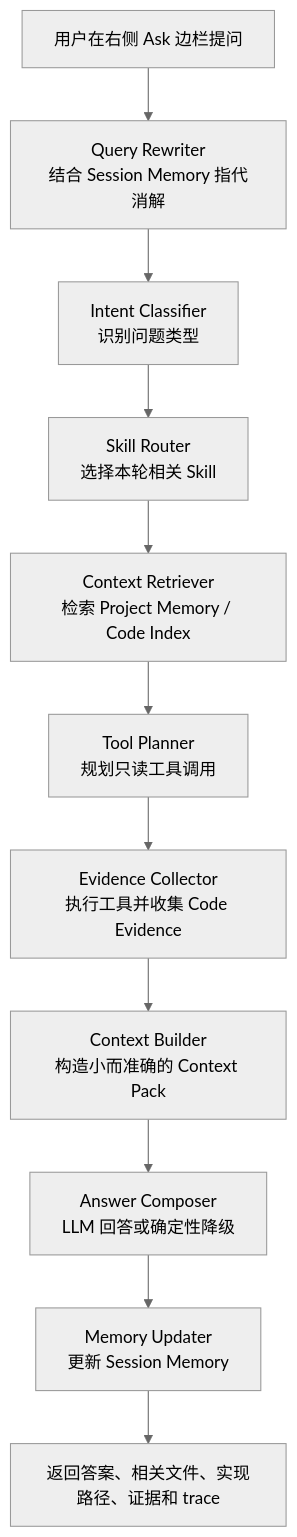
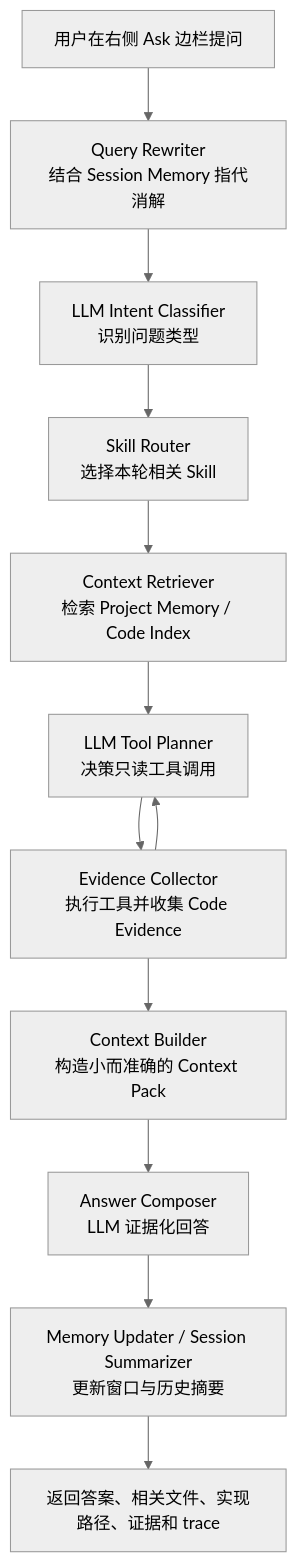
Before and after one commit to normalform3/code-reader-agent: the third of 3 diagrams in README.md, drawn with Mermaid (neutral theme). The commit also changed other lines of this file and 12 other files, not shown here.

````diff
--- a/README.md
+++ b/README.md
@@ -101,13 +101,14 @@
 ```mermaid
 flowchart TD
     A["用户在右侧 Ask 边栏提问"] --> B["Query Rewriter<br/>结合 Session Memory 指代消解"]
-    B --> C["Intent Classifier<br/>识别问题类型"]
+    B --> C["LLM Intent Classifier<br/>识别问题类型"]
     C --> D["Skill Router<br/>选择本轮相关 Skill"]
     D --> E["Context Retriever<br/>检索 Project Memory / Code Index"]
-    E --> F["Tool Planner<br/>规划只读工具调用"]
+    E --> F["LLM Tool Planner<br/>决策只读工具调用"]
     F --> G["Evidence Collector<br/>执行工具并收集 Code Evidence"]
+    G --> F
     G --> H["Context Builder<br/>构造小而准确的 Context Pack"]
-    H --> I["Answer Composer<br/>LLM 回答或确定性降级"]
-    I --> J["Memory Updater<br/>更新 Session Memory"]
+    H --> I["Answer Composer<br/>LLM 证据化回答"]
+    I --> J["Memory Updater / Session Summarizer<br/>更新窗口与历史摘要"]
     J --> K["返回答案、相关文件、实现路径、证据和 trace"]
 ```
````
